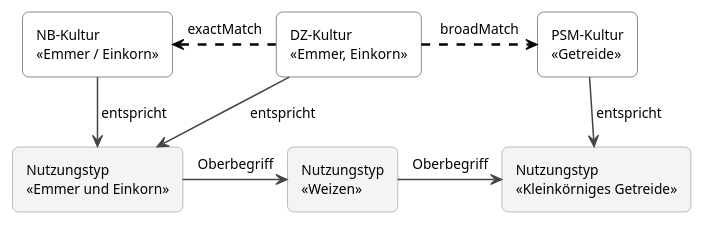
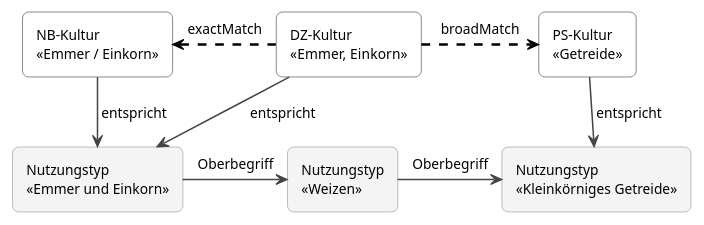
Before and after one commit to blw-ofag-ufag/eCH-0265: the diagram in docs/de/assets/puml/mapping_derivation.puml, drawn with PlantUML. The commit also changed other lines of this file and 7 other files, not shown here.

```diff
--- a/docs/de/assets/puml/mapping_derivation.puml
+++ b/docs/de/assets/puml/mapping_derivation.puml
@@ -3,31 +3,31 @@
 @startuml
 !pragma layout smetana
 skinparam shadowing false
 skinparam roundCorner 10
 skinparam defaultFontSize 11
 skinparam Padding 1
 skinparam ArrowColor #444444
 skinparam ArrowThickness 1.2
 skinparam rectangleBorderColor #444444
 skinparam rectangleBackgroundColor #FFFFFF
 skinparam rectangleBorderColor<<nt>> #999999
 skinparam rectangleBackgroundColor<<nt>> #F4F4F4
 hide stereotype
 
 ' Obere Reihe: die drei Kulturen (DZ in der Mitte, damit beide abgeleiteten Beziehungen waagrecht verlaufen).
 ' Untere Reihe: die Nutzungstypen der Referenztaxonomie, Oberbegriffe von links nach rechts.
 rectangle "NB-Kultur\n«Emmer / Einkorn»" as nb
 rectangle "DZ-Kultur\n«Emmer, Einkorn»" as dz
-rectangle "PSM-Kultur\n«Getreide»" as psm
+rectangle "PS-Kultur\n«Getreide»" as ps
 rectangle "Nutzungstyp\n«Emmer und Einkorn»" <<nt>> as nt1
 rectangle "Nutzungstyp\n«Weizen»" <<nt>> as nt2
 rectangle "Nutzungstyp\n«Kleinkörniges Getreide»" <<nt>> as nt3
 
 dz -[#000000,dashed,thickness=2]left-> nb : exactMatch
-dz -[#000000,dashed,thickness=2]right-> psm : broadMatch
+dz -[#000000,dashed,thickness=2]right-> ps : broadMatch
 nt1 -right-> nt2 : Oberbegriff
 nt2 -right-> nt3 : Oberbegriff
 nb -down-> nt1 : entspricht
 dz -down-> nt1 : entspricht
-psm -down-> nt3 : entspricht
+ps -down-> nt3 : entspricht
 @enduml
```
